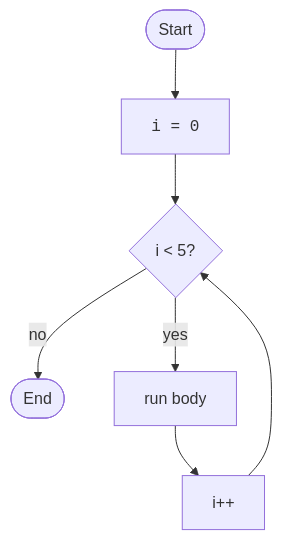
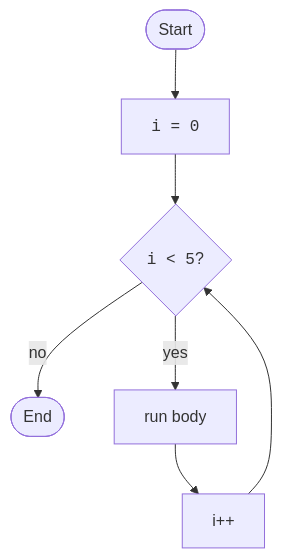
One commit to dataslope/dataslope changed the third of 4 diagrams in content/learn/intro-modern-csharp/control-flow.mdx. Above: the diagram before and after it, drawn with Mermaid. The commit also changed 56 other files, not shown here.

````diff
--- a/content/learn/intro-modern-csharp/control-flow.mdx
+++ b/content/learn/intro-modern-csharp/control-flow.mdx
@@ -211,9 +211,9 @@
 ```mermaid
 flowchart TB
     S([Start]) --> Init["<code>i = 0</code>"]
-    Init --> Cond{i < 5?}
+    Init --> Cond{"<code>i &lt; 5</code>?"}
     Cond -- no --> End([End])
     Cond -- yes --> Body["run body"]
     Body --> Inc["i++"]
     Inc --> Cond
 ```
````
